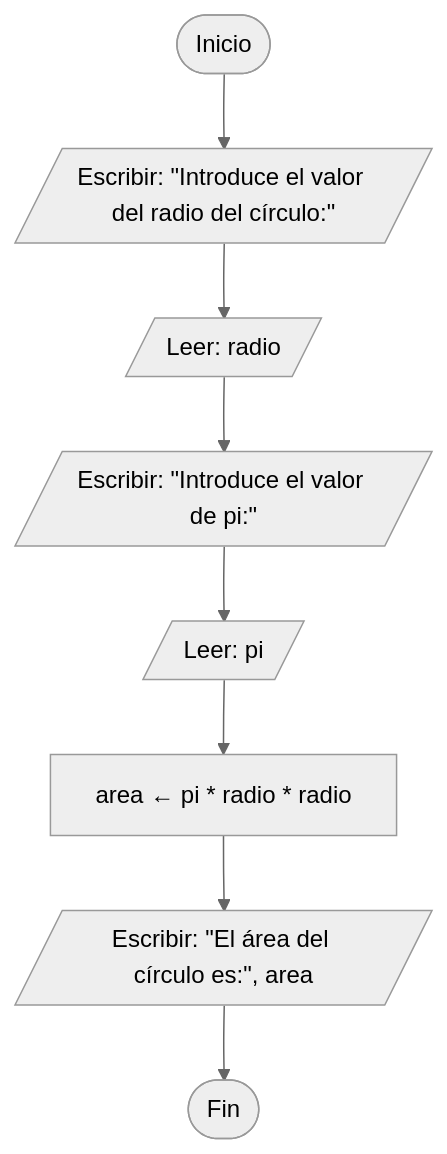
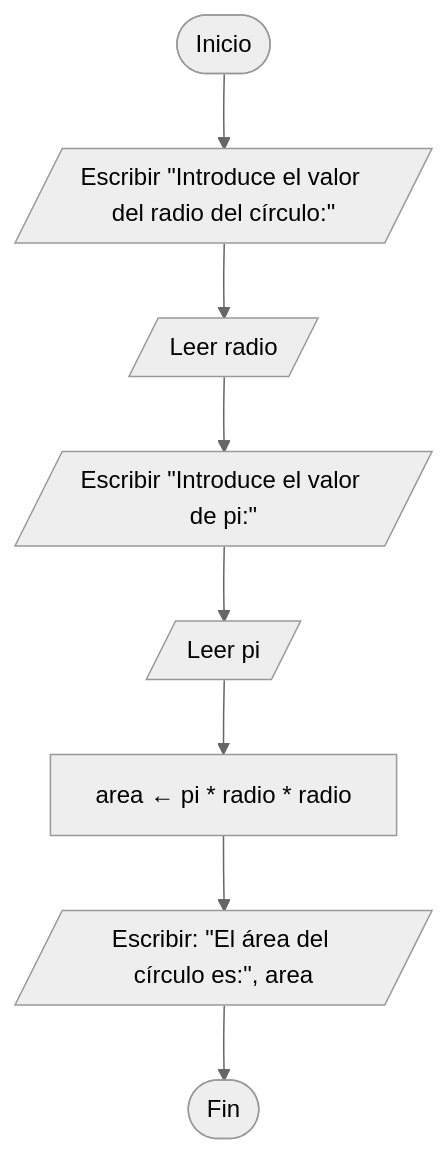
The first of 2 diagrams in 02_algoritmos/teoria/T2_ICC.md (jjcastroschez/Introduccion-Computacion-Cientifica), drawn with Mermaid (neutral theme) before and after one commit. The commit also changed other lines of this file and 5 other files, not shown here.

````diff
--- a/02_algoritmos/teoria/T2_ICC.md
+++ b/02_algoritmos/teoria/T2_ICC.md
@@ -219,10 +219,10 @@
 ```mermaid
 flowchart TD    
-    A([Inicio]) --> B[/Escribir: "Introduce el valor del radio del círculo:"/]
-    B --> C[/"Leer: radio"/]    
-    C --> D[/Escribir: "Introduce el valor de pi:"/]    
-    D --> E[/"Leer: pi"/]    
+    A([Inicio]) --> B[/Escribir "Introduce el valor del radio del círculo:"/]
+    B --> C[/"Leer radio"/]    
+    C --> D[/Escribir "Introduce el valor de pi:"/]    
+    D --> E[/"Leer pi"/]    
     E --> F[area ← pi * radio * radio]    
     F --> G[/Escribir: "El área del círculo es:", area/]    
     G --> H([Fin])
 ```
````
